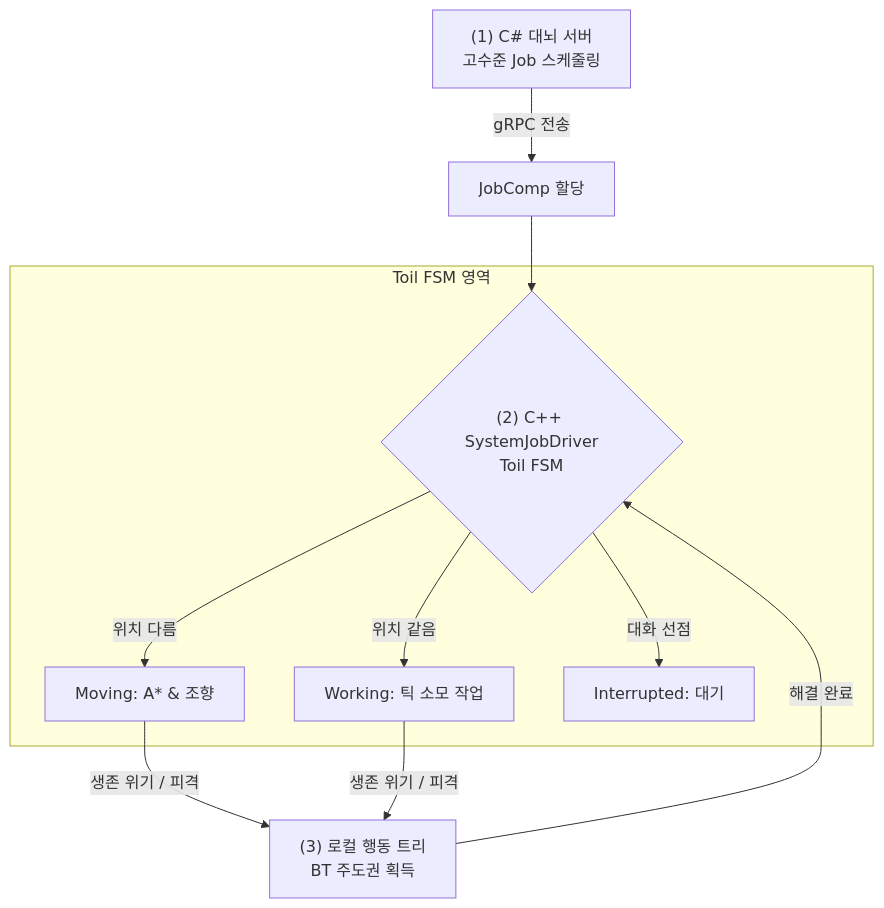
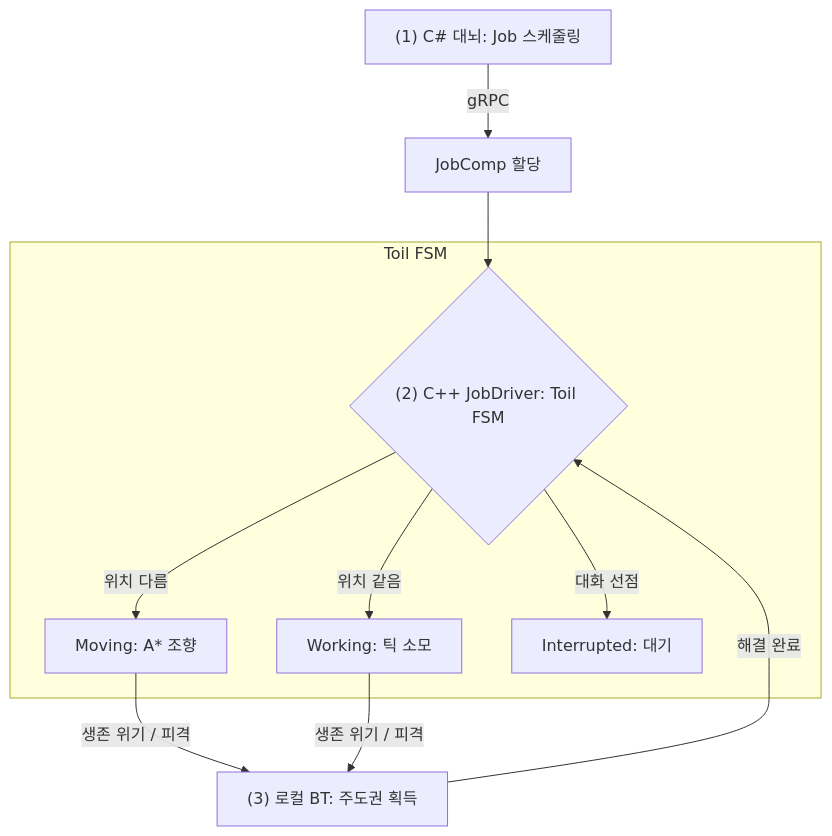
The second of 4 diagrams in MundusVivens/docs/02_agent_design.md (jin20203458/Obsidian.Agent), drawn with Mermaid before and after one commit.

Commit message:
docs: compact Mermaid node labels to fit GitHub 780px viewport

````diff
--- a/MundusVivens/docs/02_agent_design.md
+++ b/MundusVivens/docs/02_agent_design.md
@@ -53,15 +53,15 @@
 ```mermaid
 flowchart TD
-    CS["(1) C# 대뇌 서버<br/>고수준 Job 스케줄링"] -->|"gRPC 전송"| JobComp["JobComp 할당"]
-    JobComp --> Driver{"(2) C++ SystemJobDriver<br/>Toil FSM"}
+    CS["(1) C# 대뇌: Job 스케줄링"] -->|"gRPC"| JobComp["JobComp 할당"]
+    JobComp --> Driver{"(2) C++ JobDriver: Toil FSM"}
     
-    subgraph TOIL_FSM ["Toil FSM 영역"]
-        Driver -->|"위치 다름"| Move["Moving: A* & 조향"]
-        Driver -->|"위치 같음"| Work["Working: 틱 소모 작업"]
+    subgraph TOIL_FSM ["Toil FSM"]
+        Driver -->|"위치 다름"| Move["Moving: A* 조향"]
+        Driver -->|"위치 같음"| Work["Working: 틱 소모"]
         Driver -->|"대화 선점"| Interrupted["Interrupted: 대기"]
     end
 
-    Move -->|"생존 위기 / 피격"| BT["(3) 로컬 행동 트리<br/>BT 주도권 획득"]
+    Move -->|"생존 위기 / 피격"| BT["(3) 로컬 BT: 주도권 획득"]
     Work -->|"생존 위기 / 피격"| BT
     BT -->|"해결 완료"| Driver
 ```
````
